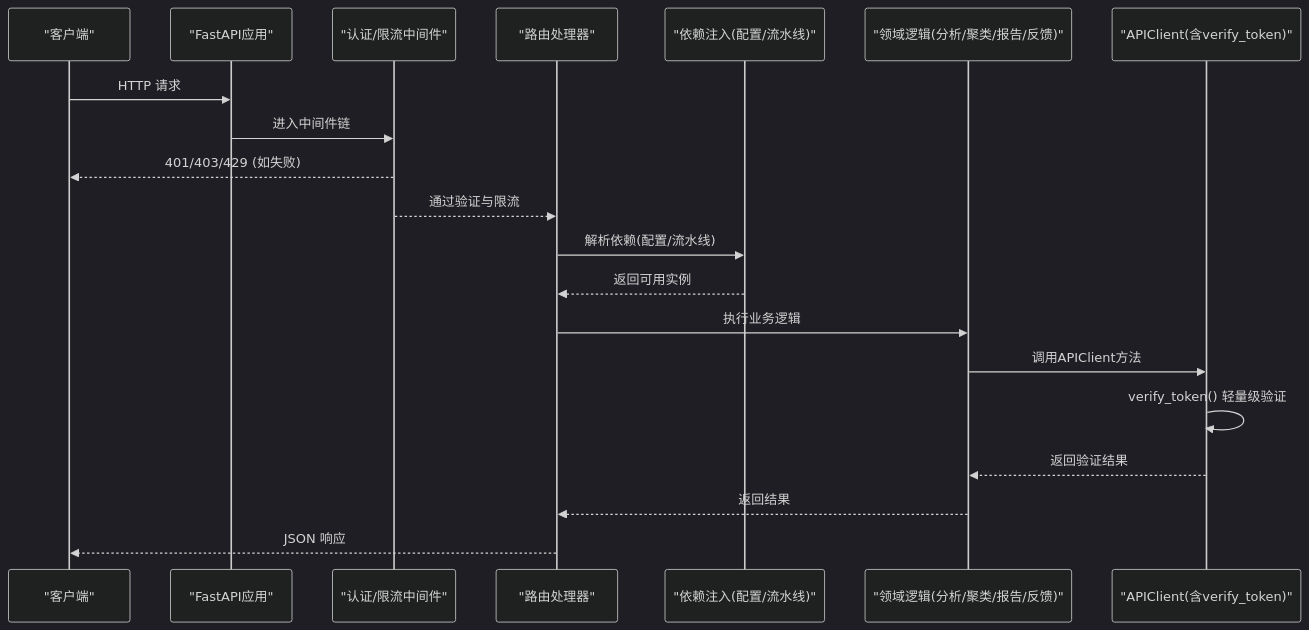
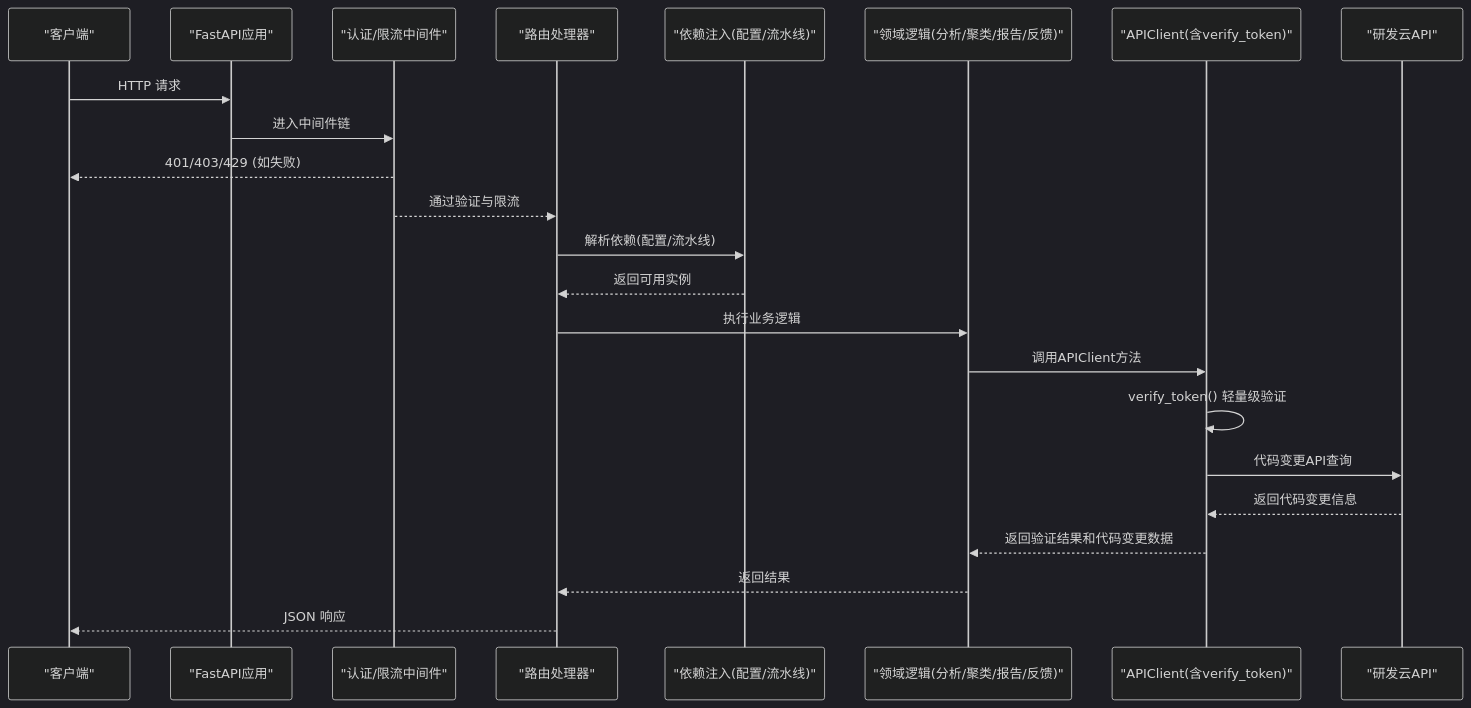
Before and after one commit to boyingliu01/fault-review-analyzer: the second of 4 diagrams in .qoder/repowiki/zh/content/API接口文档/API概览.md, drawn with Mermaid (dark theme). The commit also changed other lines of this file and 125 other files, not shown here.

````diff
--- a/.qoder/repowiki/zh/content/API接口文档/API概览.md
+++ b/.qoder/repowiki/zh/content/API接口文档/API概览.md
@@ -134,22 +137,25 @@
 ```mermaid
 sequenceDiagram
 participant Client as "客户端"
 participant App as "FastAPI应用"
 participant MW as "认证/限流中间件"
 participant Router as "路由处理器"
 participant Deps as "依赖注入(配置/流水线)"
 participant Domain as "领域逻辑(分析/聚类/报告/反馈)"
 participant APIC as "APIClient(含verify_token)"
+participant DevCloud as "研发云API"
 Client->>App : HTTP 请求
 App->>MW : 进入中间件链
 MW-->>Client : 401/403/429 (如失败)
 MW-->>Router : 通过验证与限流
 Router->>Deps : 解析依赖(配置/流水线)
 Deps-->>Router : 返回可用实例
 Router->>Domain : 执行业务逻辑
 Domain->>APIC : 调用APIClient方法
 APIC->>APIC : verify_token() 轻量级验证
-APIC-->>Domain : 返回验证结果
+APIC->>DevCloud : 代码变更API查询
+DevCloud-->>APIC : 返回代码变更信息
+APIC-->>Domain : 返回验证结果和代码变更数据
 Domain-->>Router : 返回结果
 Router-->>Client : JSON 响应
 ```
````
